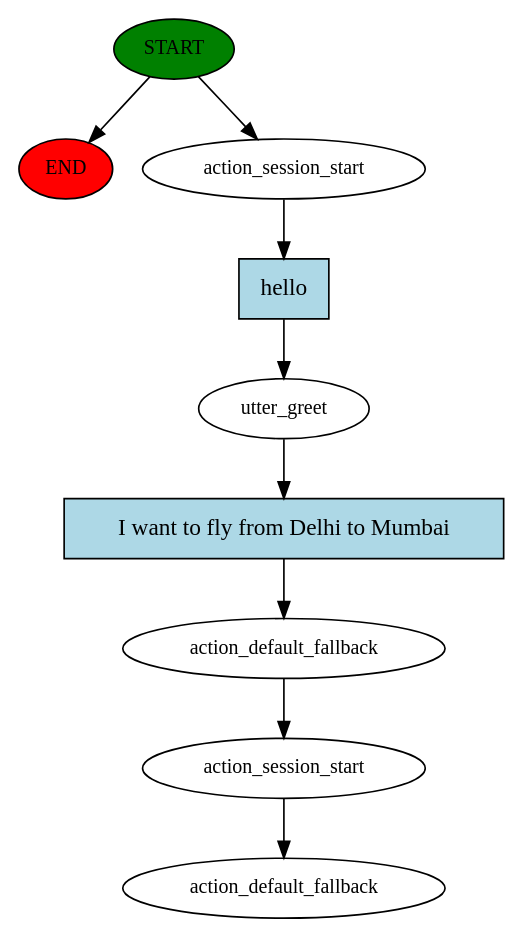
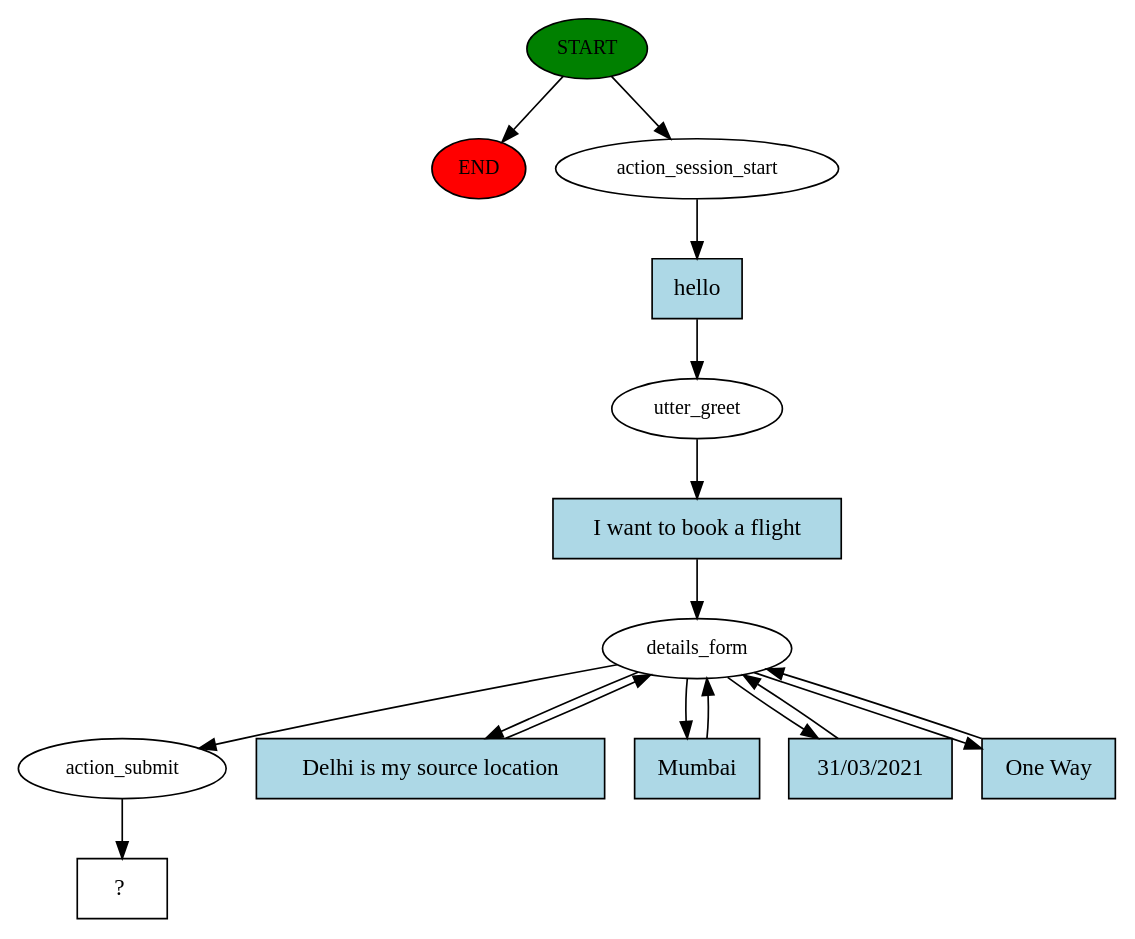
Before and after one commit to JKhan01/ARC-MMT-Bot-WS: the diagram in chatbot/story_graph.dot, drawn with Graphviz. The commit also changed 5 other files, not shown here.

```diff
--- a/chatbot/story_graph.dot
+++ b/chatbot/story_graph.dot
@@ -1,19 +1,31 @@
 digraph  {
 0 [class="start active", fillcolor=green, fontsize=12, label=START, style=filled];
 "-1" [class=end, fillcolor=red, fontsize=12, label=END, style=filled];
 1 [class=active, fontsize=12, label=action_session_start];
 2 [class=active, fontsize=12, label=utter_greet];
-3 [class=active, fontsize=12, label=action_default_fallback];
-4 [class=active, fontsize=12, label=action_session_start];
-5 [class="dashed active", fontsize=12, label=action_default_fallback];
-6 [class="intent active", fillcolor=lightblue, label=hello, shape=rect, style=filled];
-7 [class="intent active", fillcolor=lightblue, label="I want to fly from Delhi to Mumbai", shape=rect, style=filled];
+3 [class=active, fontsize=12, label=details_form];
+8 [class=active, fontsize=12, label=action_submit];
+9 [class="intent dashed active", label="  ?  ", shape=rect];
+10 [class="intent active", fillcolor=lightblue, label=hello, shape=rect, style=filled];
+11 [class="intent active", fillcolor=lightblue, label="I want to book a flight", shape=rect, style=filled];
+12 [class="intent active", fillcolor=lightblue, label="Delhi is my source location", shape=rect, style=filled];
+13 [class="intent active", fillcolor=lightblue, label=Mumbai, shape=rect, style=filled];
+14 [class="intent active", fillcolor=lightblue, label="31/03/2021", shape=rect, style=filled];
+15 [class="intent active", fillcolor=lightblue, label="One Way", shape=rect, style=filled];
 0 -> "-1"  [class="", key=NONE, label=""];
 0 -> 1  [class=active, key=NONE, label=""];
-1 -> 6  [class=active, key=0];
-2 -> 7  [class=active, key=0];
-3 -> 4  [class=active, key=NONE, label=""];
-4 -> 5  [class=active, key=NONE, label=""];
-6 -> 2  [class=active, key=0];
-7 -> 3  [class=active, key=0];
+1 -> 10  [class=active, key=0];
+2 -> 11  [class=active, key=0];
+3 -> 8  [class=active, key=NONE, label=""];
+3 -> 12  [class=active, key=0];
+3 -> 13  [class=active, key=0];
+3 -> 14  [class=active, key=0];
+3 -> 15  [class=active, key=0];
+8 -> 9  [class=active, key=NONE, label=""];
+10 -> 2  [class=active, key=0];
+11 -> 3  [class=active, key=0];
+12 -> 3  [class=active, key=0];
+13 -> 3  [class=active, key=0];
+14 -> 3  [class=active, key=0];
+15 -> 3  [class=active, key=0];
 }
```
